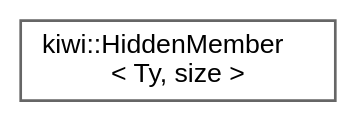
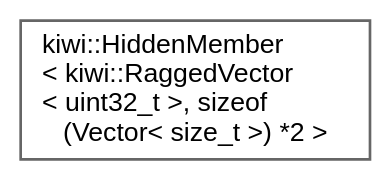
One commit to bab2min/Kiwi changed the diagram in inherit_graph_41.dot. Above: the diagram before and after it, drawn with Graphviz. The commit also changed 121 other files, not shown here.

```diff
--- a/inherit_graph_41.dot
+++ b/inherit_graph_41.dot
@@ -1,9 +1,9 @@
 digraph "Graphical Class Hierarchy"
 {
  // LATEX_PDF_SIZE
   bgcolor="transparent";
   edge [fontname=Helvetica,fontsize=10,labelfontname=Helvetica,labelfontsize=10];
   node [fontname=Helvetica,fontsize=10,shape=box,height=0.2,width=0.4];
   rankdir="LR";
-  Node0 [id="Node000000",label="kiwi::HiddenMember\l\< Ty, size \>",height=0.2,width=0.4,color="grey40", fillcolor="white", style="filled",URL="$classkiwi_1_1HiddenMember.html",tooltip=" "];
+  Node0 [id="Node000000",label="kiwi::HiddenMember\l\< kiwi::RaggedVector\l\< uint32_t \>, sizeof\l(Vector\< size_t \>) *2 \>",height=0.2,width=0.4,color="grey40", fillcolor="white", style="filled",URL="$classkiwi_1_1HiddenMember.html",tooltip=" "];
 }
```
